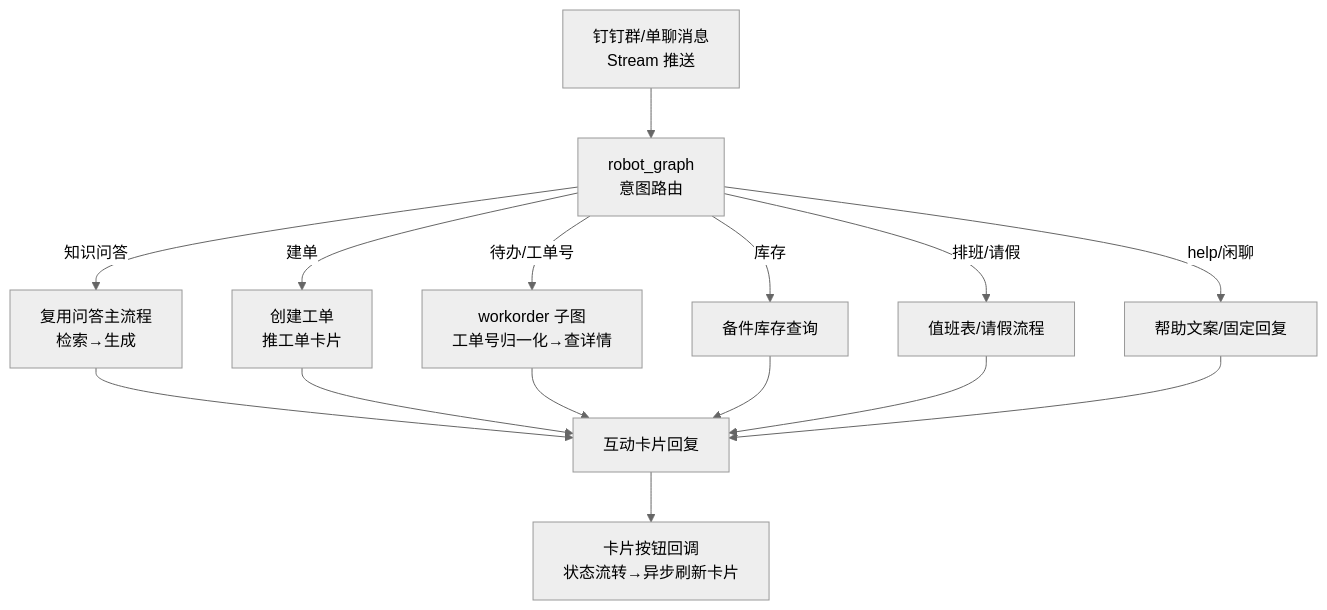
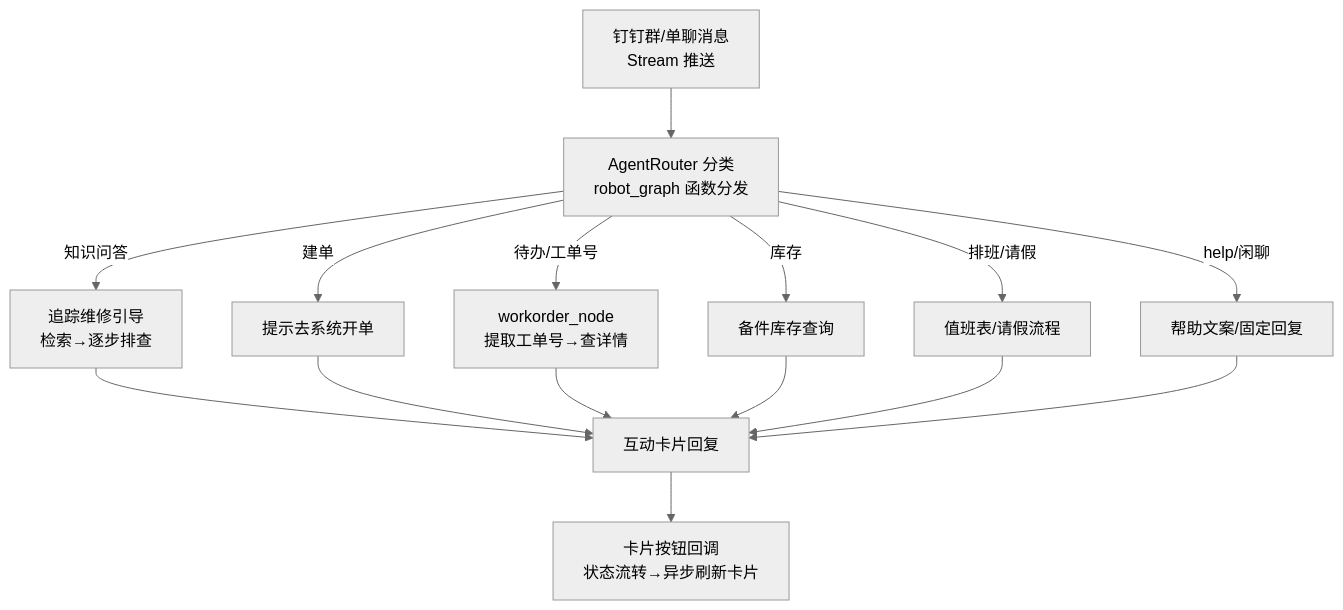
One commit to SHUN-EI/Car-Repair-System changed the third of 3 diagrams in README.md. Above: the diagram before and after it, drawn with Mermaid (neutral theme). The commit also changed other lines of this file and 15 other files, not shown here.

Commit message:
修改langgraph图

````diff
--- a/README.md
+++ b/README.md
@@ -219,17 +219,17 @@
 ```mermaid
 flowchart TD
-    A[钉钉群/单聊消息<br/>Stream 推送] --> B[robot_graph<br/>意图路由]
-    B -- 知识问答 --> C[复用问答主流程<br/>检索→生成]
-    B -- 建单 --> D[创建工单<br/>推工单卡片]
-    B -- 待办/工单号 --> E[workorder 子图<br/>工单号归一化→查详情]
+    A[钉钉群/单聊消息<br/>Stream 推送] --> B[AgentRouter 分类<br/>robot_graph 函数分发]
+    B -- 知识问答 --> C[追踪维修引导<br/>检索→逐步排查]
+    B -- 建单 --> D[提示去系统开单]
+    B -- 待办/工单号 --> E[workorder_node<br/>提取工单号→查详情]
     B -- 库存 --> F[备件库存查询]
     B -- 排班/请假 --> G[值班表/请假流程]
     B -- help/闲聊 --> H[帮助文案/固定回复]
     C --> I[互动卡片回复]
     D --> I
     E --> I
     F --> I
     G --> I
     H --> I
     I --> J[卡片按钮回调<br/>状态流转→异步刷新卡片]
 ```
````
